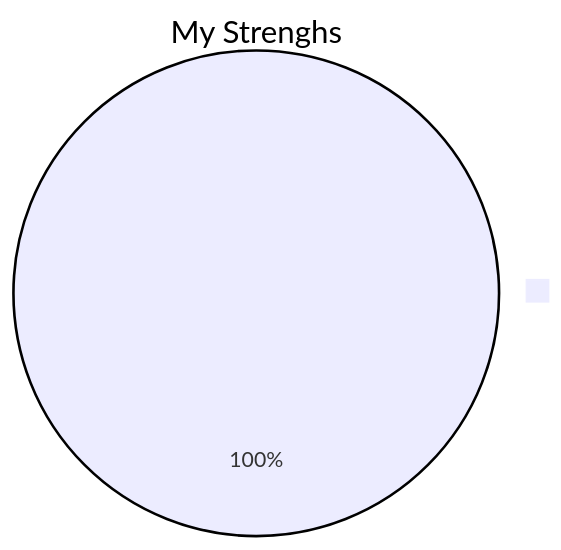
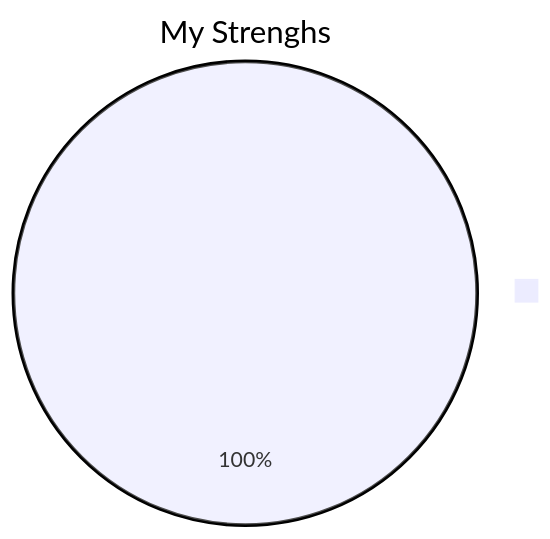
The first of 2 diagrams in README.md (EricTelekom/EricTelekom), drawn with Mermaid before and after one commit.

````diff
--- a/README.md
+++ b/README.md
@@ -18,4 +18,4 @@
 ```mermaid
 pie  title  My Strenghs
-"":100
+" " : 100
 ```
````
